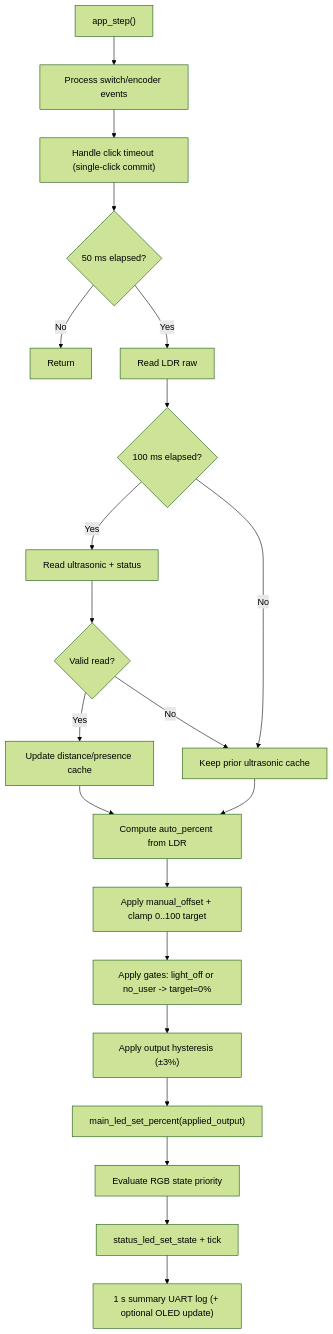
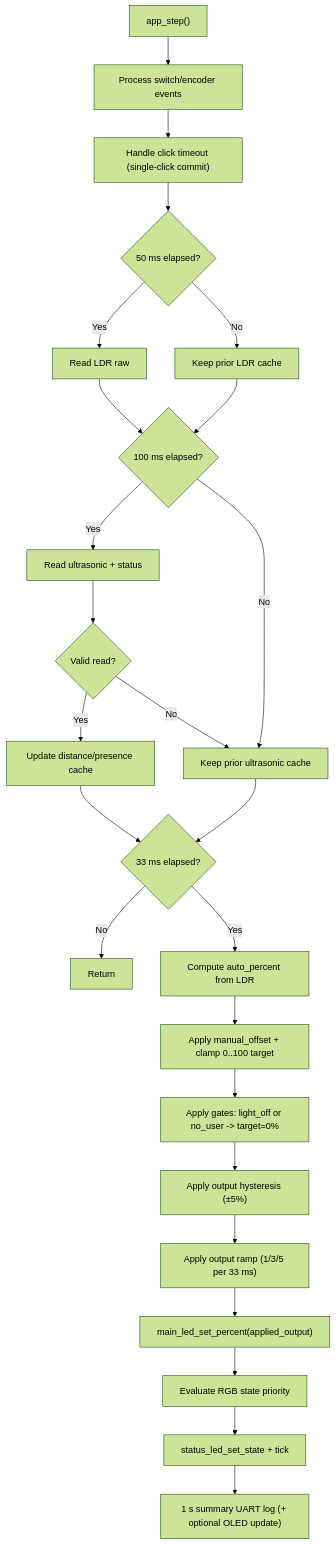
One commit to RJTPP/S-ADAPT-IoT changed the first of 2 diagrams in docs/architecture/business-logic.md. Above: the diagram before and after it, drawn with Mermaid (forest theme). The commit also changed other lines of this file and 3 other files, not shown here.

First line of the commit message:
feat(app): add ramp-limited PWM output after hysteresis (#18)

````diff
--- a/docs/architecture/business-logic.md
+++ b/docs/architecture/business-logic.md
@@ -39,23 +40,27 @@
 ```mermaid
 flowchart TD
     A["app_step()"] --> B["Process switch/encoder events"]
     B --> C["Handle click timeout (single-click commit)"]
     C --> D{"50 ms elapsed?"}
-    D -- "No" --> E["Return"]
-    D -- "Yes" --> F["Read LDR raw"]
-    F --> G{"100 ms elapsed?"}
+    D -- "Yes" --> E["Read LDR raw"]
+    D -- "No" --> F["Keep prior LDR cache"]
+    E --> G{"100 ms elapsed?"}
+    F --> G
     G -- "Yes" --> H["Read ultrasonic + status"]
     G -- "No" --> I["Keep prior ultrasonic cache"]
     H --> J{"Valid read?"}
     J -- "Yes" --> K["Update distance/presence cache"]
     J -- "No" --> I
-    K --> L["Compute auto_percent from LDR"]
+    K --> L{"33 ms elapsed?"}
     I --> L
-    L --> M["Apply manual_offset + clamp 0..100 target"]
-    M --> N["Apply gates: light_off or no_user -> target=0%"]
-    N --> O["Apply output hysteresis (±3%)"]
-    O --> P["main_led_set_percent(applied_output)"]
-    P --> Q["Evaluate RGB state priority"]
-    Q --> R["status_led_set_state + tick"]
-    R --> S["1 s summary UART log (+ optional OLED update)"]
+    L -- "No" --> M["Return"]
+    L -- "Yes" --> N["Compute auto_percent from LDR"]
+    N --> O["Apply manual_offset + clamp 0..100 target"]
+    O --> P["Apply gates: light_off or no_user -> target=0%"]
+    P --> Q["Apply output hysteresis (±5%)"]
+    Q --> R["Apply output ramp (1/3/5 per 33 ms)"]
+    R --> S["main_led_set_percent(applied_output)"]
+    S --> T["Evaluate RGB state priority"]
+    T --> U["status_led_set_state + tick"]
+    U --> V["1 s summary UART log (+ optional OLED update)"]
 ```
````
